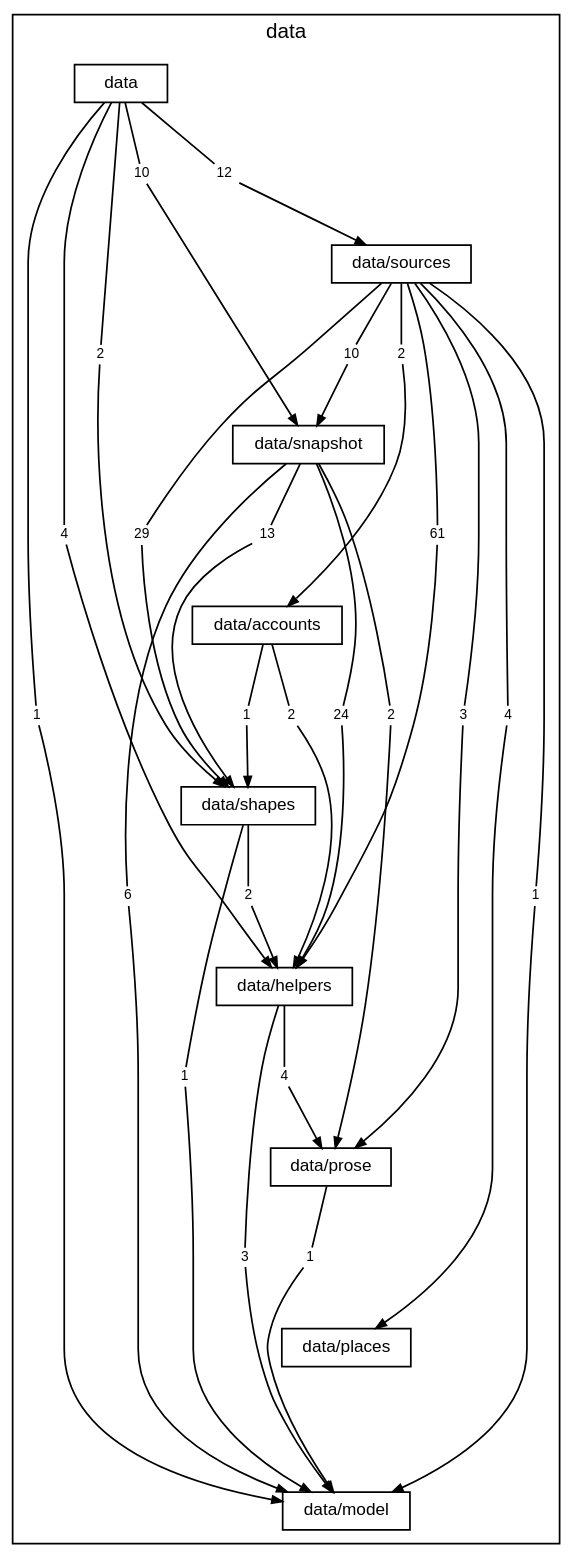
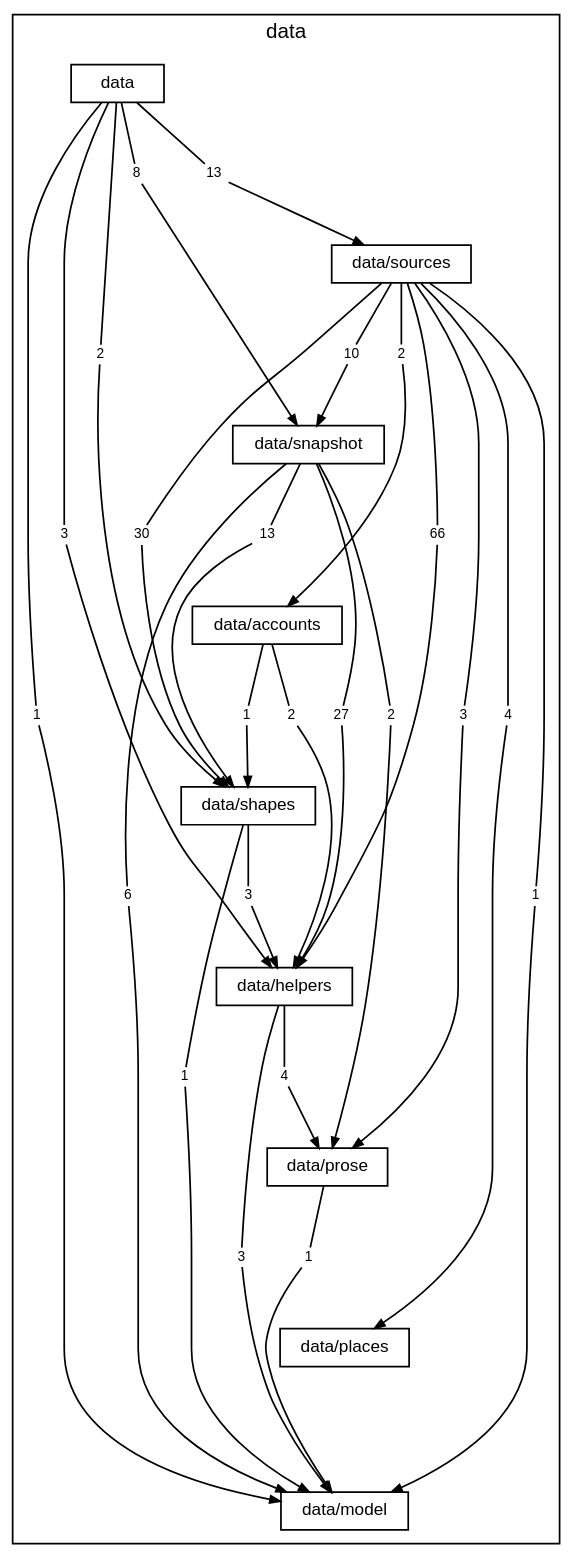
The diagram in docs/diagrams/layer-data.dot (TheAxeC/oculus), drawn with Graphviz before and after one commit. The commit also changed 233 other files, not shown here.

```diff
--- a/docs/diagrams/layer-data.dot
+++ b/docs/diagrams/layer-data.dot
@@ -1,94 +1,94 @@
 digraph layer_data {
     graph [bgcolor="transparent", rankdir=TB, newrank=true, mclimit=4, fontname="Helvetica", fontsize=12, nodesep=0.2, ranksep=0.5];
     node [shape=box, color="black", fontcolor="black", fontname="Helvetica", fontsize=10, height=0.3, margin="0.12,0.04"];
     edge [color="black", fontcolor="black", fontname="Helvetica", fontsize=8, arrowsize=0.6];
     subgraph "cluster_data" {
         label="data"; style=solid;
         "folder data" [label="data"];
         "folder data/sources" [label="data/sources"];
         "folder data/snapshot" [label="data/snapshot"];
         "folder data/accounts" [label="data/accounts"];
         "folder data/shapes" [label="data/shapes"];
         "folder data/helpers" [label="data/helpers"];
         "folder data/prose" [label="data/prose"];
         "folder data/places" [label="data/places"];
         "folder data/model" [label="data/model"];
-        "folder data to folder data/helpers" [label="4", shape=box, color="transparent", fontsize=8, width=0, height=0, margin="0.04,0.02"];
+        "folder data to folder data/helpers" [label="3", shape=box, color="transparent", fontsize=8, width=0, height=0, margin="0.04,0.02"];
         "folder data to folder data/model" [label="1", shape=box, color="transparent", fontsize=8, width=0, height=0, margin="0.04,0.02"];
         "folder data to folder data/shapes" [label="2", shape=box, color="transparent", fontsize=8, width=0, height=0, margin="0.04,0.02"];
-        "folder data to folder data/snapshot" [label="10", shape=box, color="transparent", fontsize=8, width=0, height=0, margin="0.04,0.02"];
-        "folder data to folder data/sources" [label="12", shape=box, color="transparent", fontsize=8, width=0, height=0, margin="0.04,0.02"];
+        "folder data to folder data/snapshot" [label="8", shape=box, color="transparent", fontsize=8, width=0, height=0, margin="0.04,0.02"];
+        "folder data to folder data/sources" [label="13", shape=box, color="transparent", fontsize=8, width=0, height=0, margin="0.04,0.02"];
         "folder data/sources to folder data/accounts" [label="2", shape=box, color="transparent", fontsize=8, width=0, height=0, margin="0.04,0.02"];
-        "folder data/sources to folder data/helpers" [label="61", shape=box, color="transparent", fontsize=8, width=0, height=0, margin="0.04,0.02"];
+        "folder data/sources to folder data/helpers" [label="66", shape=box, color="transparent", fontsize=8, width=0, height=0, margin="0.04,0.02"];
         "folder data/sources to folder data/model" [label="1", shape=box, color="transparent", fontsize=8, width=0, height=0, margin="0.04,0.02"];
         "folder data/sources to folder data/places" [label="4", shape=box, color="transparent", fontsize=8, width=0, height=0, margin="0.04,0.02"];
         "folder data/sources to folder data/prose" [label="3", shape=box, color="transparent", fontsize=8, width=0, height=0, margin="0.04,0.02"];
-        "folder data/sources to folder data/shapes" [label="29", shape=box, color="transparent", fontsize=8, width=0, height=0, margin="0.04,0.02"];
+        "folder data/sources to folder data/shapes" [label="30", shape=box, color="transparent", fontsize=8, width=0, height=0, margin="0.04,0.02"];
         "folder data/sources to folder data/snapshot" [label="10", shape=box, color="transparent", fontsize=8, width=0, height=0, margin="0.04,0.02"];
-        "folder data/snapshot to folder data/helpers" [label="24", shape=box, color="transparent", fontsize=8, width=0, height=0, margin="0.04,0.02"];
+        "folder data/snapshot to folder data/helpers" [label="27", shape=box, color="transparent", fontsize=8, width=0, height=0, margin="0.04,0.02"];
         "folder data/snapshot to folder data/model" [label="6", shape=box, color="transparent", fontsize=8, width=0, height=0, margin="0.04,0.02"];
         "folder data/snapshot to folder data/prose" [label="2", shape=box, color="transparent", fontsize=8, width=0, height=0, margin="0.04,0.02"];
         "folder data/snapshot to folder data/shapes" [label="13", shape=box, color="transparent", fontsize=8, width=0, height=0, margin="0.04,0.02"];
         "folder data/accounts to folder data/helpers" [label="2", shape=box, color="transparent", fontsize=8, width=0, height=0, margin="0.04,0.02"];
         "folder data/accounts to folder data/shapes" [label="1", shape=box, color="transparent", fontsize=8, width=0, height=0, margin="0.04,0.02"];
-        "folder data/shapes to folder data/helpers" [label="2", shape=box, color="transparent", fontsize=8, width=0, height=0, margin="0.04,0.02"];
+        "folder data/shapes to folder data/helpers" [label="3", shape=box, color="transparent", fontsize=8, width=0, height=0, margin="0.04,0.02"];
         "folder data/shapes to folder data/model" [label="1", shape=box, color="transparent", fontsize=8, width=0, height=0, margin="0.04,0.02"];
         "folder data/helpers to folder data/model" [label="3", shape=box, color="transparent", fontsize=8, width=0, height=0, margin="0.04,0.02"];
         "folder data/helpers to folder data/prose" [label="4", shape=box, color="transparent", fontsize=8, width=0, height=0, margin="0.04,0.02"];
         "folder data/prose to folder data/model" [label="1", shape=box, color="transparent", fontsize=8, width=0, height=0, margin="0.04,0.02"];
     }
     "folder data" -> "folder data/sources" [style=invis, weight=10, minlen=2];
     "folder data/sources" -> "folder data/snapshot" [style=invis, weight=10, minlen=2];
     "folder data/snapshot" -> "folder data/accounts" [style=invis, weight=10, minlen=2];
     "folder data/accounts" -> "folder data/shapes" [style=invis, weight=10, minlen=2];
     "folder data/shapes" -> "folder data/helpers" [style=invis, weight=10, minlen=2];
     "folder data/helpers" -> "folder data/prose" [style=invis, weight=10, minlen=2];
     "folder data/prose" -> "folder data/places" [style=invis, weight=10, minlen=2];
     "folder data/places" -> "folder data/model" [style=invis, weight=10, minlen=2];
     "folder data" -> "folder data to folder data/helpers" [arrowhead=none, minlen=5, weight=10];
     "folder data to folder data/helpers" -> "folder data/helpers" [];
     "folder data" -> "folder data to folder data/model" [arrowhead=none, minlen=7, weight=10];
     "folder data to folder data/model" -> "folder data/model" [];
     "folder data" -> "folder data to folder data/shapes" [arrowhead=none, minlen=3, weight=10];
     "folder data to folder data/shapes" -> "folder data/shapes" [];
     "folder data" -> "folder data to folder data/snapshot" [arrowhead=none, minlen=1, weight=10];
     "folder data to folder data/snapshot" -> "folder data/snapshot" [];
     "folder data" -> "folder data to folder data/sources" [arrowhead=none, minlen=1, weight=10];
     "folder data to folder data/sources" -> "folder data/sources" [];
     "folder data/sources" -> "folder data/sources to folder data/accounts" [arrowhead=none, minlen=1, weight=10];
     "folder data/sources to folder data/accounts" -> "folder data/accounts" [];
     "folder data/sources" -> "folder data/sources to folder data/helpers" [arrowhead=none, minlen=3, weight=10];
     "folder data/sources to folder data/helpers" -> "folder data/helpers" [];
     "folder data/sources" -> "folder data/sources to folder data/model" [arrowhead=none, minlen=7, weight=10];
     "folder data/sources to folder data/model" -> "folder data/model" [];
     "folder data/sources" -> "folder data/sources to folder data/places" [arrowhead=none, minlen=5, weight=10];
     "folder data/sources to folder data/places" -> "folder data/places" [];
     "folder data/sources" -> "folder data/sources to folder data/prose" [arrowhead=none, minlen=5, weight=10];
     "folder data/sources to folder data/prose" -> "folder data/prose" [];
     "folder data/sources" -> "folder data/sources to folder data/shapes" [arrowhead=none, minlen=3, weight=10];
     "folder data/sources to folder data/shapes" -> "folder data/shapes" [];
     "folder data/sources" -> "folder data/sources to folder data/snapshot" [arrowhead=none, minlen=1, weight=10];
     "folder data/sources to folder data/snapshot" -> "folder data/snapshot" [];
     "folder data/snapshot" -> "folder data/snapshot to folder data/helpers" [arrowhead=none, minlen=3, weight=10];
     "folder data/snapshot to folder data/helpers" -> "folder data/helpers" [];
     "folder data/snapshot" -> "folder data/snapshot to folder data/model" [arrowhead=none, minlen=5, weight=10];
     "folder data/snapshot to folder data/model" -> "folder data/model" [];
     "folder data/snapshot" -> "folder data/snapshot to folder data/prose" [arrowhead=none, minlen=3, weight=10];
     "folder data/snapshot to folder data/prose" -> "folder data/prose" [];
     "folder data/snapshot" -> "folder data/snapshot to folder data/shapes" [arrowhead=none, minlen=1, weight=10];
     "folder data/snapshot to folder data/shapes" -> "folder data/shapes" [];
     "folder data/accounts" -> "folder data/accounts to folder data/helpers" [arrowhead=none, minlen=1, weight=10];
     "folder data/accounts to folder data/helpers" -> "folder data/helpers" [];
     "folder data/accounts" -> "folder data/accounts to folder data/shapes" [arrowhead=none, minlen=1, weight=10];
     "folder data/accounts to folder data/shapes" -> "folder data/shapes" [];
     "folder data/shapes" -> "folder data/shapes to folder data/helpers" [arrowhead=none, minlen=1, weight=10];
     "folder data/shapes to folder data/helpers" -> "folder data/helpers" [];
     "folder data/shapes" -> "folder data/shapes to folder data/model" [arrowhead=none, minlen=3, weight=10];
     "folder data/shapes to folder data/model" -> "folder data/model" [];
     "folder data/helpers" -> "folder data/helpers to folder data/model" [arrowhead=none, minlen=3, weight=10];
     "folder data/helpers to folder data/model" -> "folder data/model" [];
     "folder data/helpers" -> "folder data/helpers to folder data/prose" [arrowhead=none, minlen=1, weight=10];
     "folder data/helpers to folder data/prose" -> "folder data/prose" [];
     "folder data/prose" -> "folder data/prose to folder data/model" [arrowhead=none, minlen=1, weight=10];
     "folder data/prose to folder data/model" -> "folder data/model" [];
 }
```
